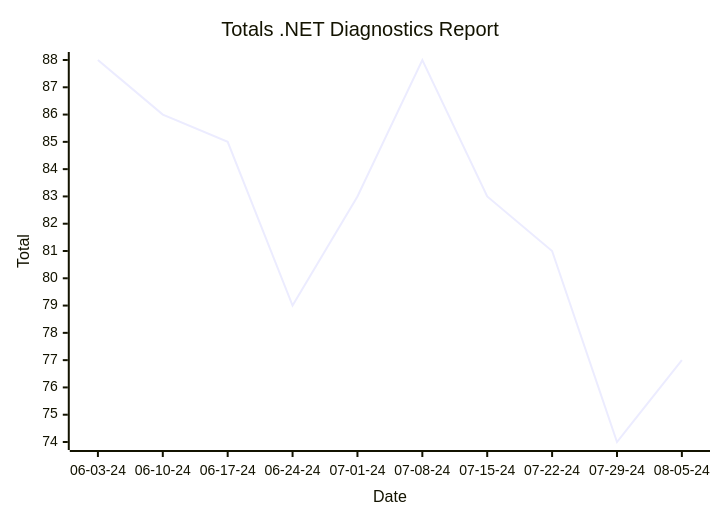
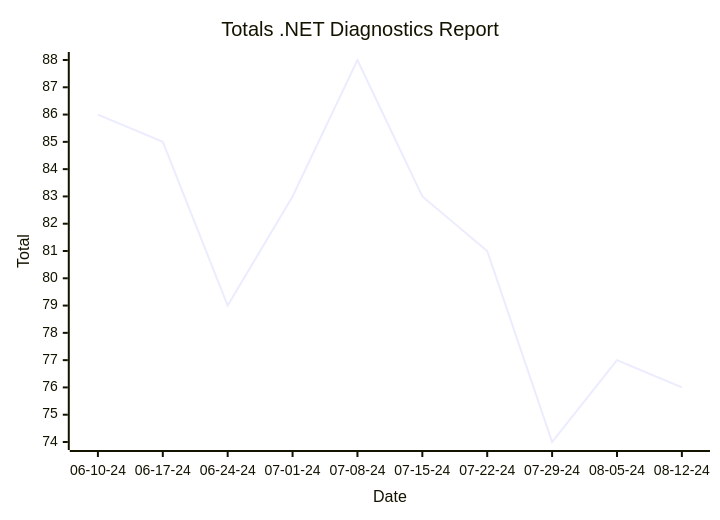
One commit to hoyosjs/gh-issue-tracker changed the first of 2 diagrams in reports/README.md. Above: the diagram before and after it, drawn with Mermaid. The commit also changed other lines of this file and 4 other files, not shown here.

````diff
--- a/reports/README.md
+++ b/reports/README.md
@@ -7,7 +7,7 @@
 ```mermaid
 xychart-beta
   title "Totals .NET Diagnostics Report"
-  x-axis "Date" ["06-03-24", "06-10-24", "06-17-24", "06-24-24", "07-01-24", "07-08-24", "07-15-24", "07-22-24", "07-29-24", "08-05-24"]
+  x-axis "Date" ["06-10-24", "06-17-24", "06-24-24", "07-01-24", "07-08-24", "07-15-24", "07-22-24", "07-29-24", "08-05-24", "08-12-24"]
   y-axis "Total"
-  line [88, 86, 85, 79, 83, 88, 83, 81, 74, 77]
+  line [86, 85, 79, 83, 88, 83, 81, 74, 77, 76]
 ```
````
